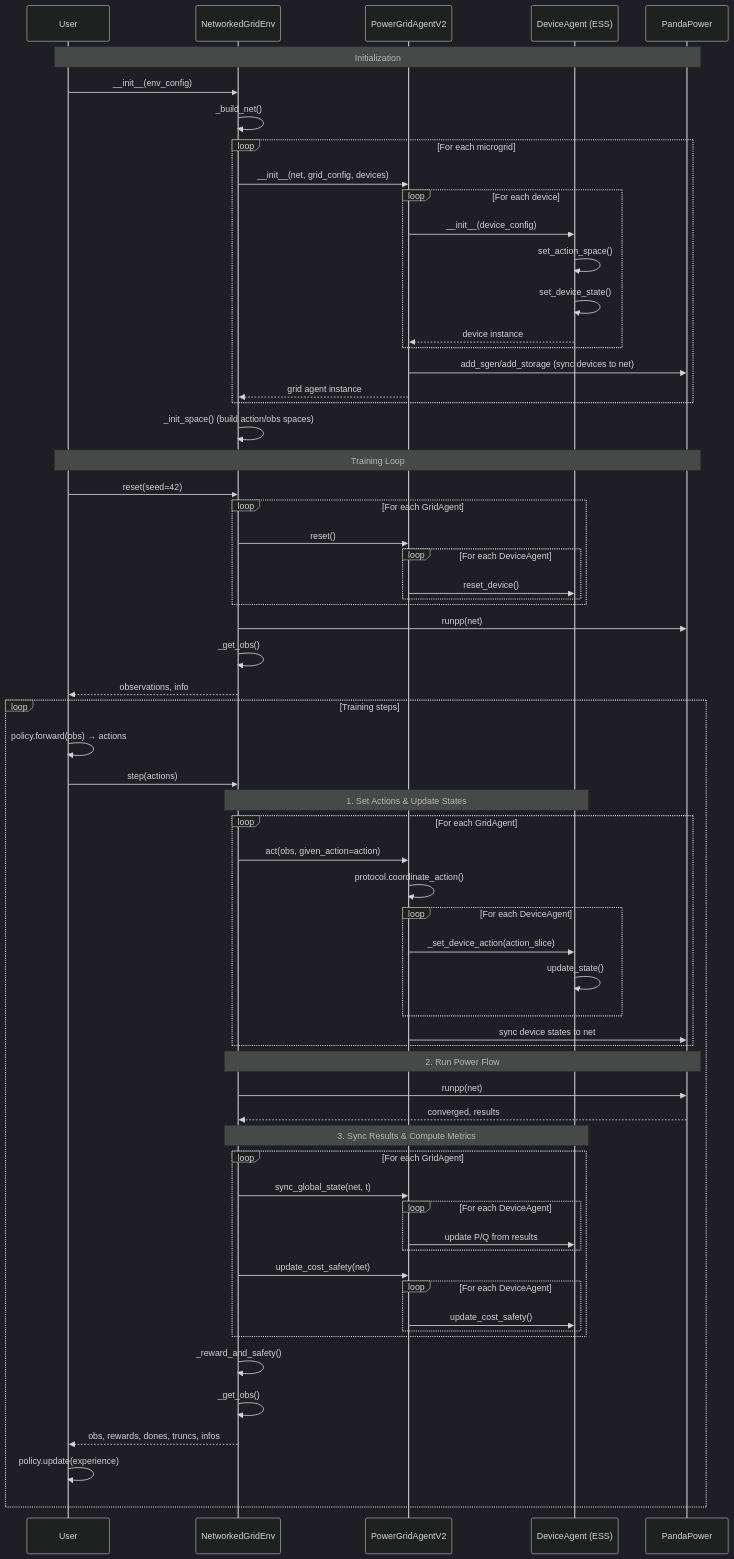
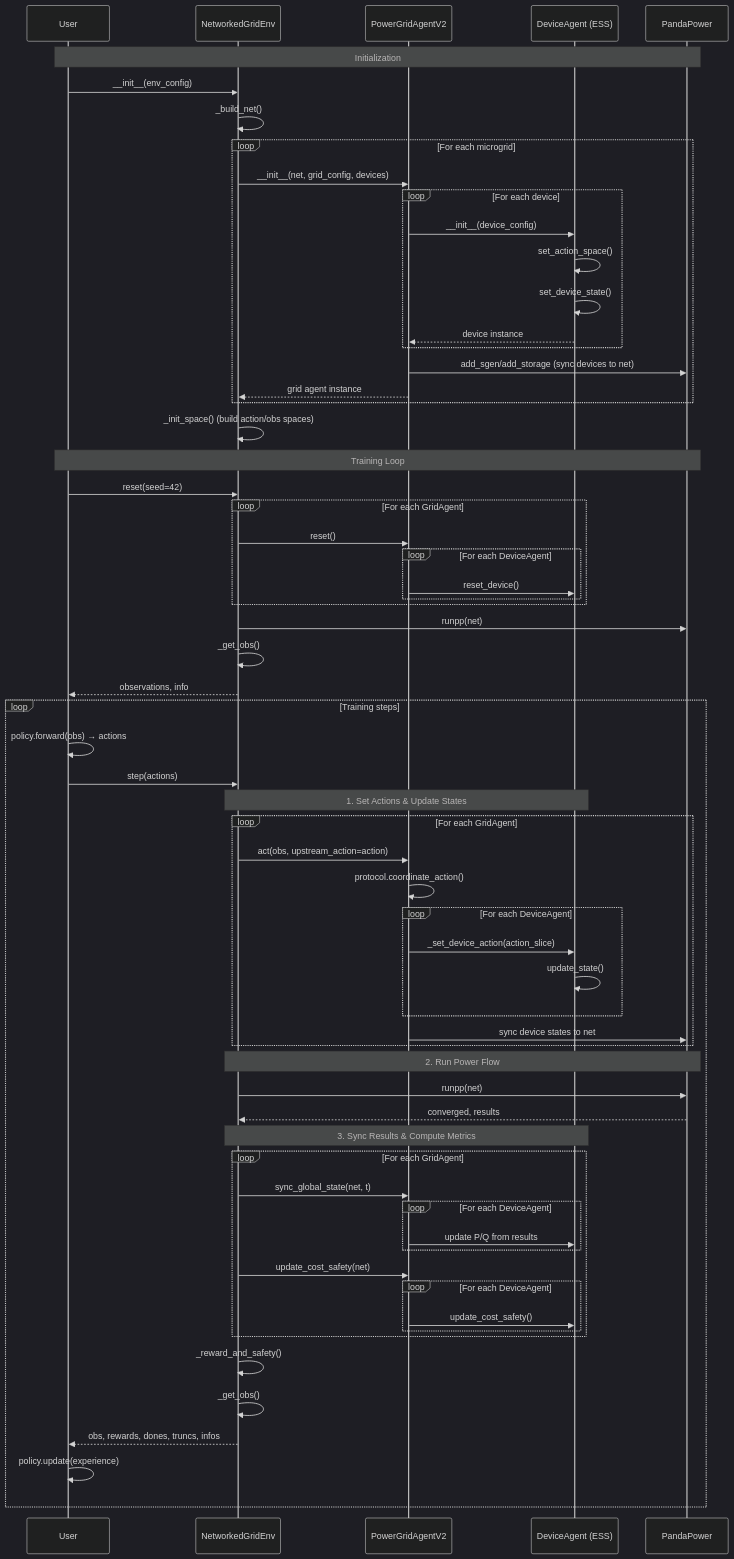
The third of 7 diagrams in docs/design/architecture_diagrams.md (Criss-Wang/PowerGym), drawn with Mermaid (dark theme) before and after one commit. The commit also changed other lines of this file and 25 other files, not shown here.

```diff
--- a/docs/design/architecture_diagrams.md
+++ b/docs/design/architecture_diagrams.md
@@ -344,7 +344,7 @@
         Note over Env,DevAgent: 1. Set Actions & Update States
 
         loop For each GridAgent
-            Env->>GridAgent: act(obs, given_action=action)
+            Env->>GridAgent: act(obs, upstream_action=action)
             GridAgent->>GridAgent: protocol.coordinate_action()
 
             loop For each DeviceAgent
```
